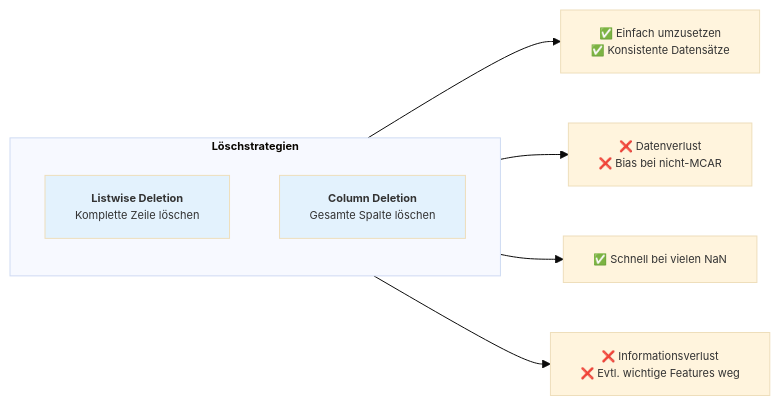
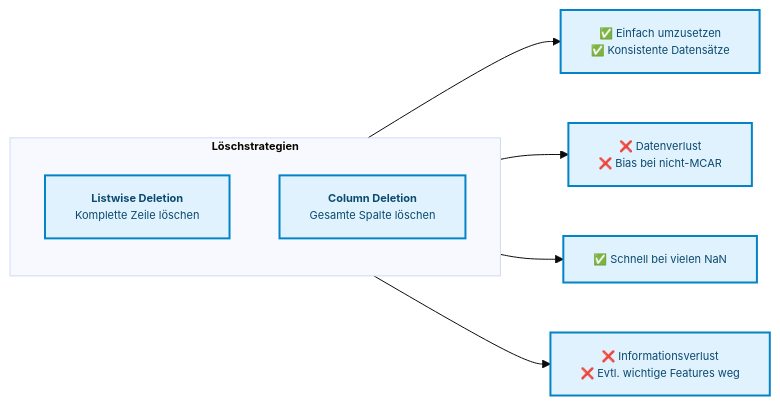
One commit to ralf-42/ML_Intro changed the second of 4 diagrams in docs/concepts/prepare/missing_values.md. Above: the diagram before and after it, drawn with Mermaid. The commit also changed other lines of this file and 67 other files, not shown here.

````diff
--- a/docs/concepts/prepare/missing_values.md
+++ b/docs/concepts/prepare/missing_values.md
@@ -74,19 +75,18 @@
 ```mermaid
 %%{init: {'theme': 'base', 'themeVariables': {'fontSize': '11px'}}}%%
 flowchart LR
     subgraph deletion["<b>Löschstrategien"]
         direction TB
         listwise["<b>Listwise Deletion</b><br/>Komplette Zeile löschen"]
         column["<b>Column Deletion</b><br/>Gesamte Spalte löschen"]
     end
     
     listwise --> lw_pro["✅ Einfach umzusetzen<br/>✅ Konsistente Datensätze"]
     listwise --> lw_con["❌ Datenverlust<br/>❌ Bias bei nicht-MCAR"]
     
    
     column --> col_pro["✅ Schnell bei vielen NaN"]
     column --> col_con["❌ Informationsverlust<br/>❌ Evtl. wichtige Features weg"]
 
-    style listwise fill:#e3f2fd
-    style column fill:#e3f2fd
+classDef default fill:#e0f2fe,stroke:#0284c7,stroke-width:2px,color:#0c4a6e;
 ```
````
